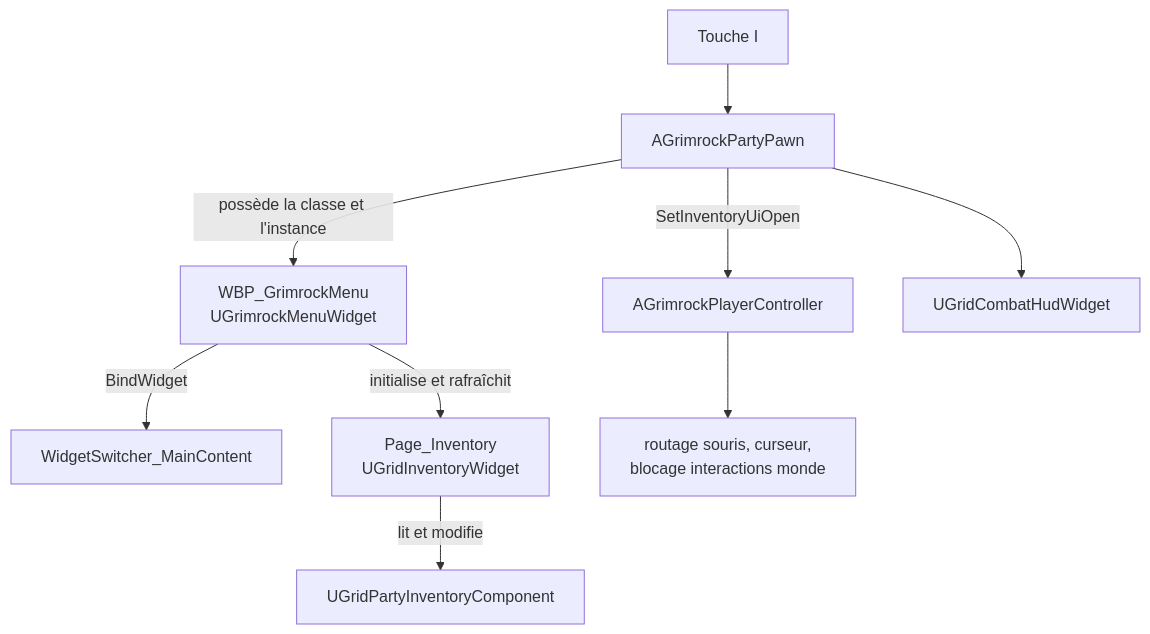
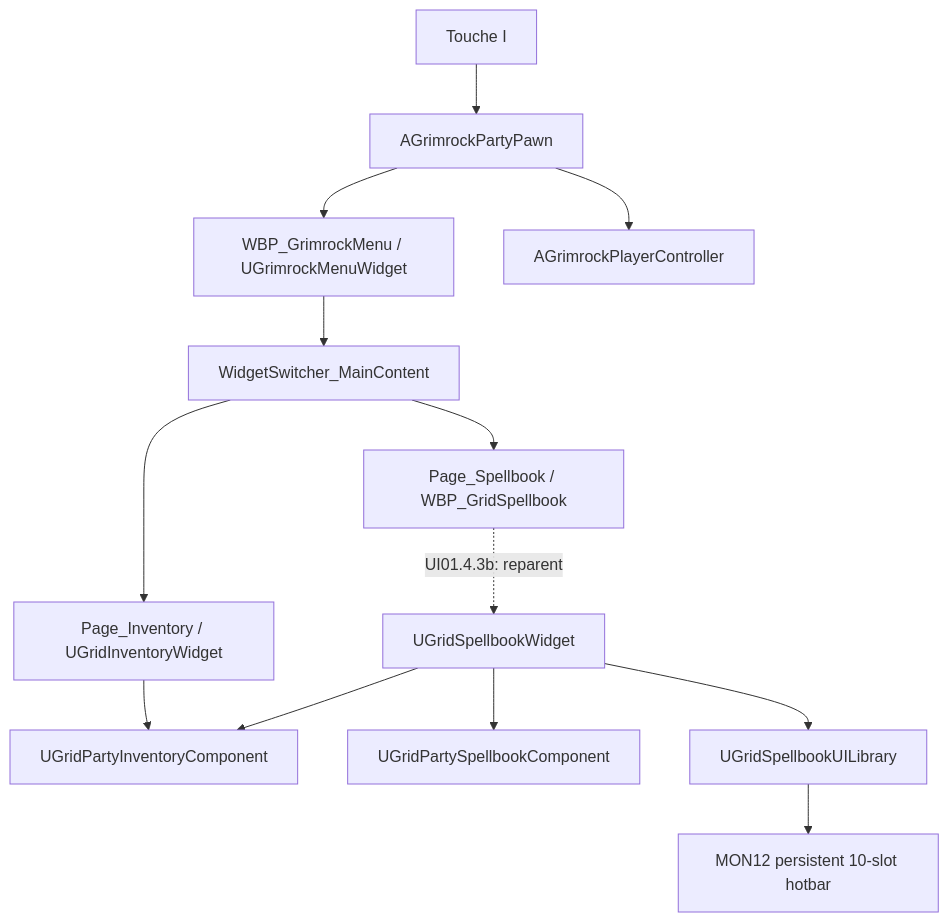
One commit to PhilippeMartin1964/GrimrockPrototype changed the first of 4 diagrams in docs/Design/UI_GRIMROCK_MENU_CURRENT.md. Above: the diagram before and after it, drawn with Mermaid. The commit also changed other lines of this file and 6 other files, not shown here.

````diff
--- a/docs/Design/UI_GRIMROCK_MENU_CURRENT.md
+++ b/docs/Design/UI_GRIMROCK_MENU_CURRENT.md
@@ -74,11 +42,15 @@
 ```mermaid
 flowchart TD
     Input["Touche I"] --> Pawn["AGrimrockPartyPawn"]
-    Pawn -->|possède la classe et l'instance| Menu["WBP_GrimrockMenu<br/>UGrimrockMenuWidget"]
-    Menu -->|BindWidget| Switcher["WidgetSwitcher_MainContent"]
-    Menu -->|initialise et rafraîchit| Inventory["Page_Inventory<br/>UGridInventoryWidget"]
-    Inventory -->|lit et modifie| Component["UGridPartyInventoryComponent"]
-    Pawn -->|SetInventoryUiOpen| Controller["AGrimrockPlayerController"]
-    Controller --> Mouse["routage souris, curseur,<br/>blocage interactions monde"]
-    Pawn --> CombatHud["UGridCombatHudWidget"]
+    Pawn --> Menu["WBP_GrimrockMenu / UGrimrockMenuWidget"]
+    Menu --> Switcher["WidgetSwitcher_MainContent"]
+    Switcher --> Inventory["Page_Inventory / UGridInventoryWidget"]
+    Switcher --> SpellbookPage["Page_Spellbook / WBP_GridSpellbook"]
+    Inventory --> InventoryComponent["UGridPartyInventoryComponent"]
+    SpellbookPage -. "UI01.4.3b: reparent" .-> SpellbookWidget["UGridSpellbookWidget"]
+    SpellbookWidget --> InventoryComponent
+    SpellbookWidget --> SpellbookComponent["UGridPartySpellbookComponent"]
+    SpellbookWidget --> UILibrary["UGridSpellbookUILibrary"]
+    UILibrary --> Hotbar["MON12 persistent 10-slot hotbar"]
+    Pawn --> Controller["AGrimrockPlayerController"]
 ```
````
